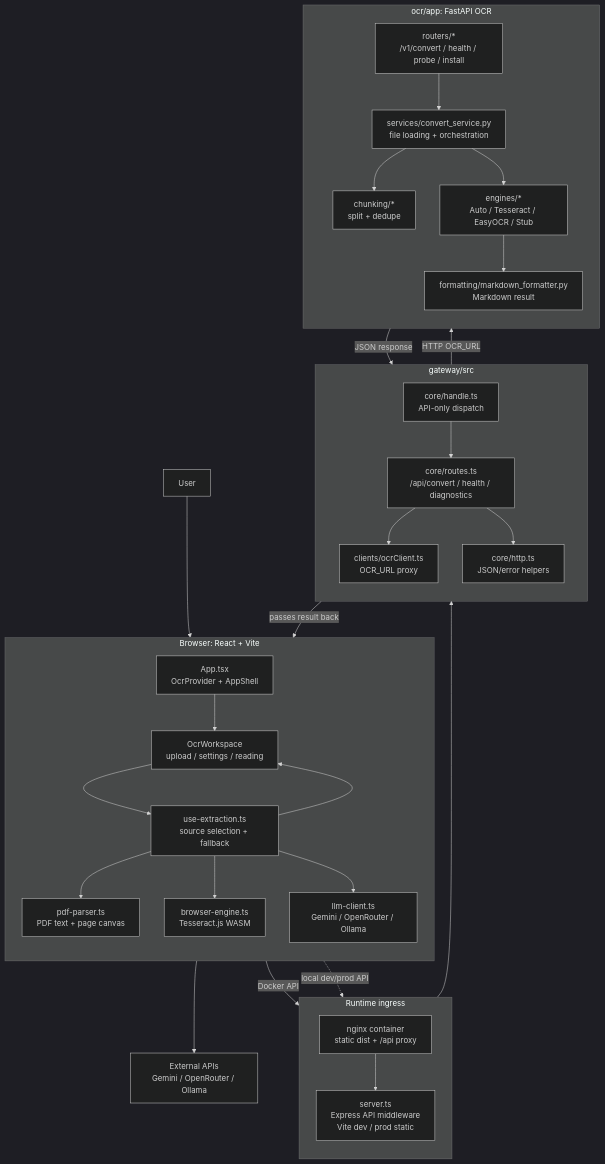
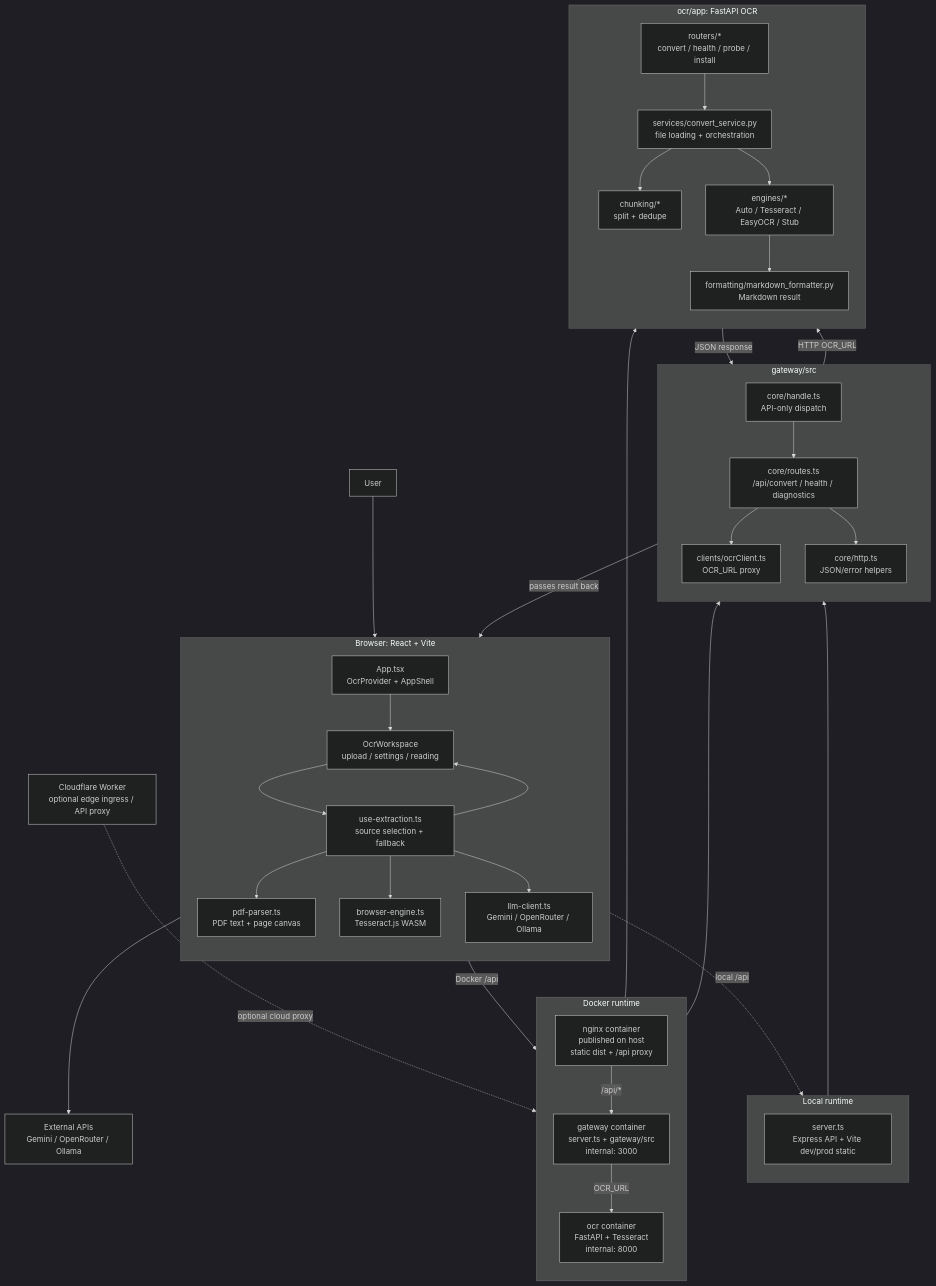
The diagram in docs/architecture.md (AI-paca/IttM), drawn with Mermaid (dark theme) before and after one commit. The commit also changed other lines of this file and 18 other files, not shown here.

Commit message:
chore(docker): improve compose startup and runtime persistence

````diff
--- a/docs/architecture.md
+++ b/docs/architecture.md
@@ -5,66 +5,78 @@
 ```mermaid
 flowchart TB
     User["User"]
 
     subgraph Browser["Browser: React + Vite"]
         direction TB
         App["App.tsx<br/>OcrProvider + AppShell"]
         Workspace["OcrWorkspace<br/>upload / settings / reading"]
         Strategy["use-extraction.ts<br/>source selection + fallback"]
         Pdf["pdf-parser.ts<br/>PDF text + page canvas"]
         BrowserOcr["browser-engine.ts<br/>Tesseract.js WASM"]
         Llm["llm-client.ts<br/>Gemini / OpenRouter / Ollama"]
 
         App --> Workspace
         Workspace --> Strategy
         Strategy --> Pdf
         Strategy --> BrowserOcr
         Strategy --> Llm
     end
 
-    subgraph Ingress["Runtime ingress"]
+    subgraph LocalRuntime["Local runtime"]
         direction TB
-        Nginx["nginx container<br/>static dist + /api proxy"]
-        Server["server.ts<br/>Express API middleware<br/>Vite dev / prod static"]
+        LocalServer["server.ts<br/>Express API + Vite dev/prod static"]
+    end
+
+    subgraph DockerRuntime["Docker runtime"]
+        direction TB
+        Nginx["nginx container<br/>published on host<br/>static dist + /api proxy"]
+        GatewayContainer["gateway container<br/>server.ts + gateway/src<br/>internal: 3000"]
+        OcrContainer["ocr container<br/>FastAPI + Tesseract<br/>internal: 8000"]
+
+        Nginx -->|/api/*| GatewayContainer
+        GatewayContainer -->|OCR_URL| OcrContainer
     end
 
     subgraph Gateway["gateway/src"]
         direction TB
         Handle["core/handle.ts<br/>API-only dispatch"]
         Routes["core/routes.ts<br/>/api/convert / health / diagnostics"]
         Client["clients/ocrClient.ts<br/>OCR_URL proxy"]
         Http["core/http.ts<br/>JSON/error helpers"]
 
         Handle --> Routes
         Routes --> Client
         Routes --> Http
     end
 
     subgraph Python["ocr/app: FastAPI OCR"]
         direction TB
-        Api["routers/*<br/>/v1/convert / health / probe / install"]
+        Api["routers/*<br/>convert / health / probe / install"]
         Convert["services/convert_service.py<br/>file loading + orchestration"]
         Chunking["chunking/*<br/>split + dedupe"]
         Engines["engines/*<br/>Auto / Tesseract / EasyOCR / Stub"]
         Markdown["formatting/markdown_formatter.py<br/>Markdown result"]
 
         Api --> Convert
         Convert --> Chunking
         Convert --> Engines
         Engines --> Markdown
     end
 
     External["External APIs<br/>Gemini / OpenRouter / Ollama"]
+    Edge["Cloudflare Worker<br/>optional edge ingress / API proxy"]
 
     User --> App
-    Strategy -->|Docker API| Nginx
-    Nginx --> Server
-    Strategy -. local dev/prod API .-> Server
-    Server --> Handle
+    Strategy -->|Docker /api| Nginx
+    Strategy -. local /api .-> LocalServer
+    Edge -. optional cloud proxy .-> GatewayContainer
+    LocalServer --> Handle
+    GatewayContainer --> Handle
+    OcrContainer --> Api
     Client -->|HTTP OCR_URL| Api
     Llm --> External
 
     Markdown -->|JSON response| Client
     Client -->|passes result back| Strategy
     Strategy --> Workspace
 ```
````
